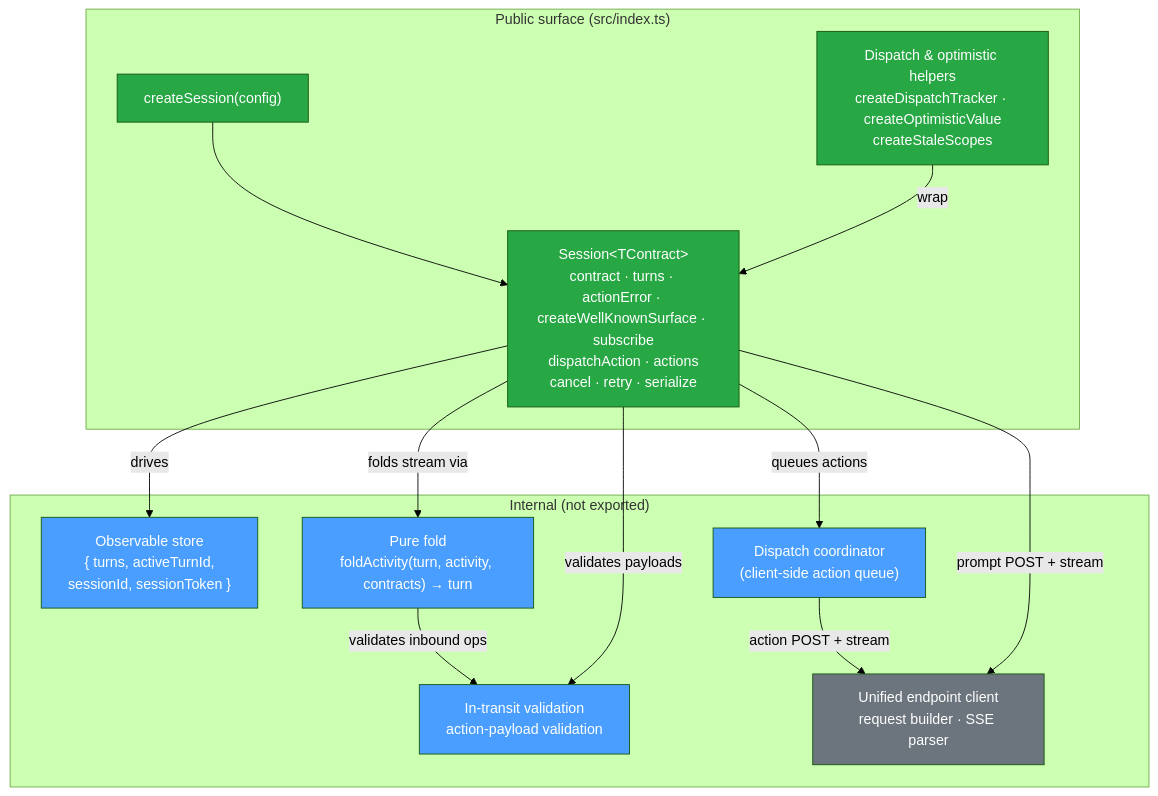
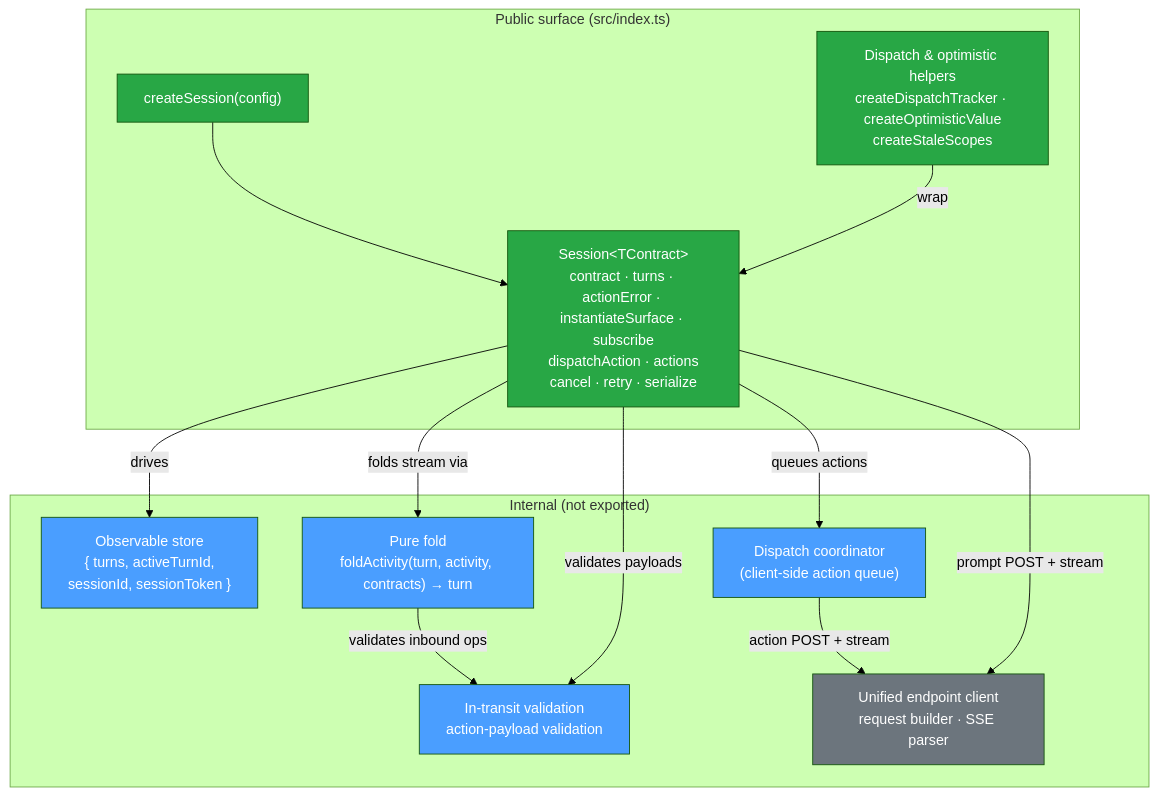
Before and after one commit to coveo/ui-kit: the first of 2 diagrams in packages/thermidor/docs/architecture.md, drawn with Mermaid (forest theme). The commit also changed other lines of this file and 11 other files, not shown here.

First line of the commit message:
refactor(thermidor): rename well-known surfaces to surface templates j:KIT-6378

````diff
--- a/packages/thermidor/docs/architecture.md
+++ b/packages/thermidor/docs/architecture.md
@@ -17,35 +17,35 @@
 ```mermaid
 graph TB
     subgraph "Public surface (src/index.ts)"
         CS["createSession(config)"]
-        SESSION["Session&lt;TContract&gt;<br/>contract · turns · actionError · createWellKnownSurface · subscribe<br/>dispatchAction · actions<br/>cancel · retry · serialize"]
+        SESSION["Session&lt;TContract&gt;<br/>contract · turns · actionError · instantiateSurface · subscribe<br/>dispatchAction · actions<br/>cancel · retry · serialize"]
         HELPERS["Dispatch &amp; optimistic helpers<br/>createDispatchTracker · createOptimisticValue<br/>createStaleScopes"]
     end
 
     subgraph "Internal (not exported)"
         STORE["Observable store<br/>{ turns, activeTurnId,<br/>sessionId, sessionToken }"]
         FOLD["Pure fold<br/>foldActivity(turn, activity, contracts) → turn"]
         VALID["In-transit validation<br/>action-payload validation"]
         QUEUE["Dispatch coordinator<br/>(client-side action queue)"]
         API["Unified endpoint client<br/>request builder · SSE parser"]
     end
 
     CS --> SESSION
     SESSION -->|drives| STORE
     SESSION -->|folds stream via| FOLD
     FOLD -->|validates inbound ops| VALID
     SESSION -->|validates payloads| VALID
     SESSION -->|queues actions| QUEUE
     QUEUE -->|action POST + stream| API
     SESSION -->|prompt POST + stream| API
     HELPERS -->|wrap| SESSION
 
     style CS fill:#28a745,color:#fff
     style SESSION fill:#28a745,color:#fff
     style HELPERS fill:#28a745,color:#fff
     style STORE fill:#4a9eff,color:#fff
     style FOLD fill:#4a9eff,color:#fff
     style VALID fill:#4a9eff,color:#fff
     style QUEUE fill:#4a9eff,color:#fff
     style API fill:#6c757d,color:#fff
 ```
````
